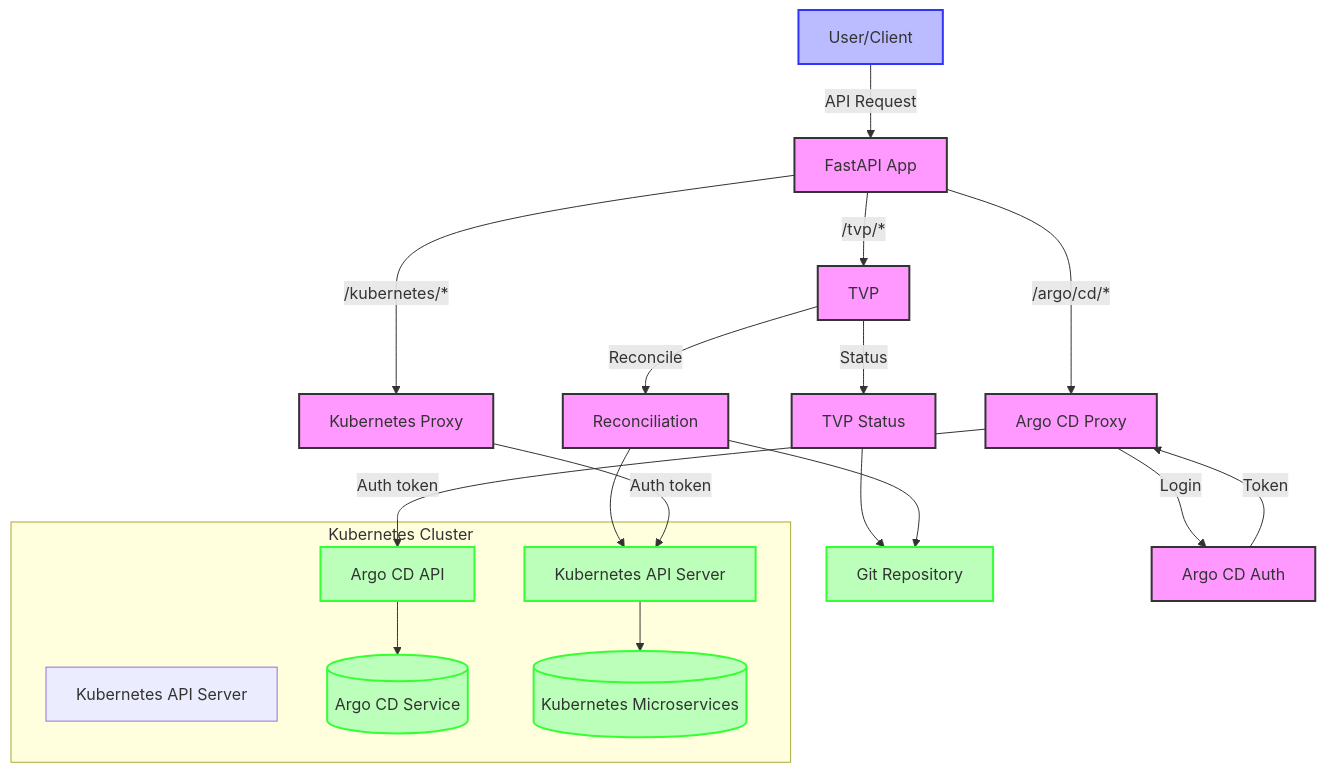
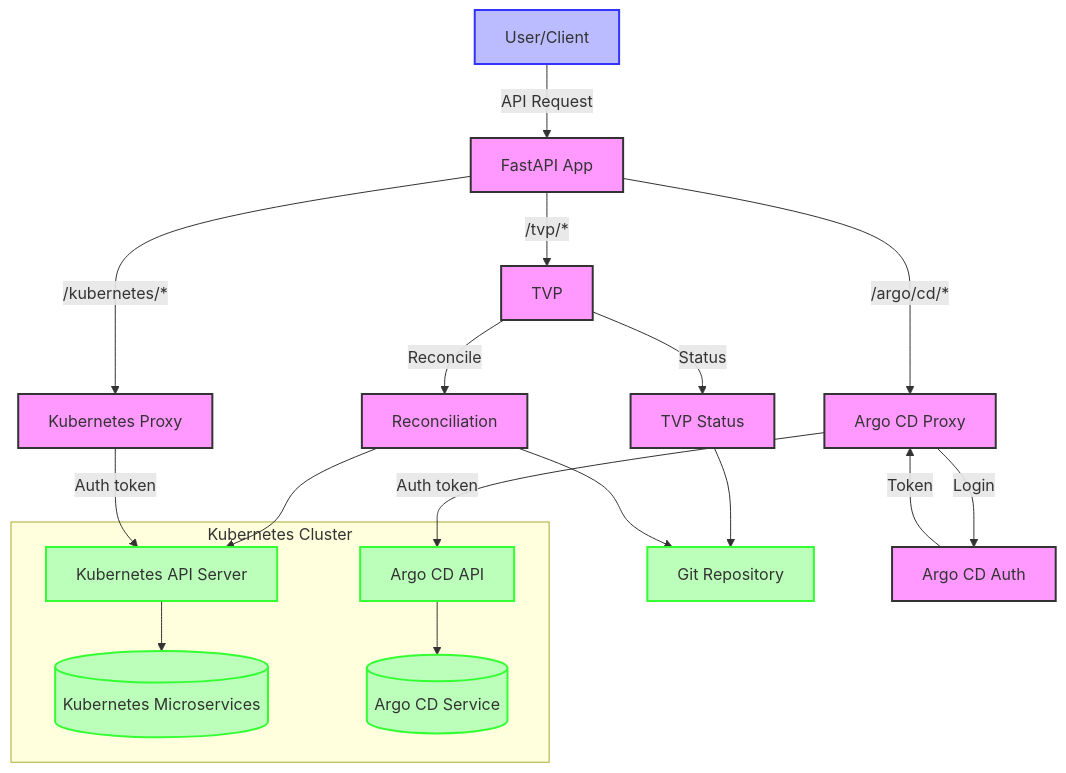
The diagram in fastapi/mermaid/data-flow-diagram.mermaid (lloydchang/tvp-k8s), drawn with Mermaid before and after one commit.

```diff
--- a/fastapi/mermaid/data-flow-diagram.mermaid
+++ b/fastapi/mermaid/data-flow-diagram.mermaid
@@ -1,33 +1,31 @@
 flowchart TD
     User[User/Client] -->|API Request| API[FastAPI App]
     
     API -->|/kubernetes/*| KP[Kubernetes Proxy]
     API -->|/argo/cd/*| AP[Argo CD Proxy]
     API -->|/tvp/*| TVP[TVP]
         
     TVP -->|Status| TS[TVP Status]
     TVP -->|Reconcile| R[Reconciliation]
     
     TS --> Git[Git Repository]
     R --> Git
     R --> KA
 
     KP -->|Auth token| KA[Kubernetes API Server]
     AP -->|Login| Auth[Argo CD Auth]
     Auth -->|Token| AP
     AP -->|Auth token| AA[Argo CD API]
 
     subgraph "Kubernetes Cluster"
-        KubernetesAPI[Kubernetes API Server]
-        ArgoCD[Argo CD]
         KA --> Kubernetes[(Kubernetes Microservices)]
         AA --> ArgoCD[(Argo CD Service)]
     end
     
     classDef user fill:#bbf,stroke:#33f,stroke-width:2px
     classDef app fill:#f9f,stroke:#333,stroke-width:2px
     classDef external fill:#bfb,stroke:#3f3,stroke-width:2px
     
     class User user
     class API,KP,AP,TVP,TS,R,Auth app
     class Kubernetes,ArgoCD,Git,KA,AA external
```
